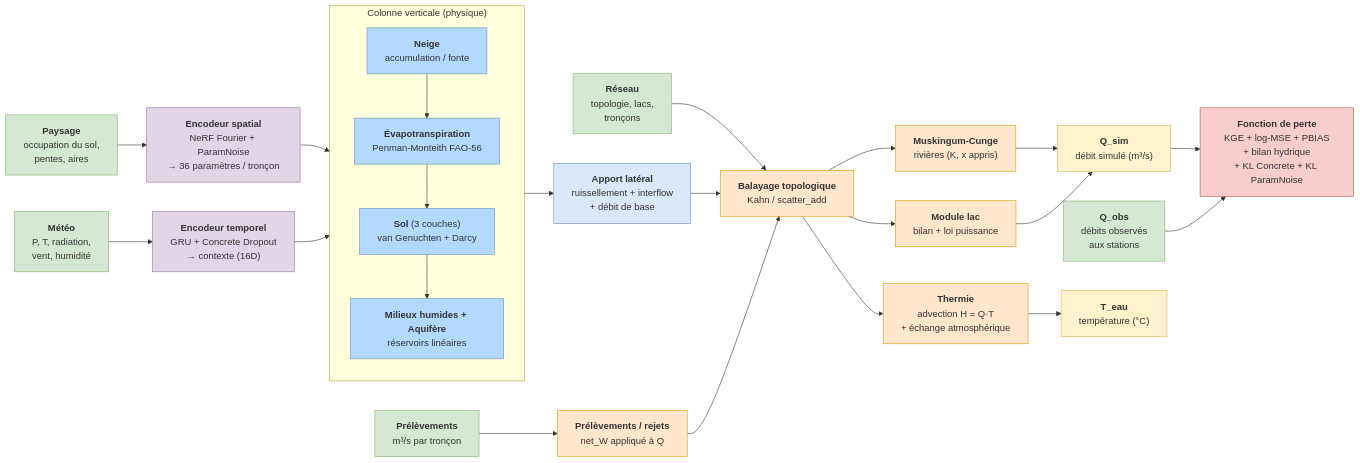
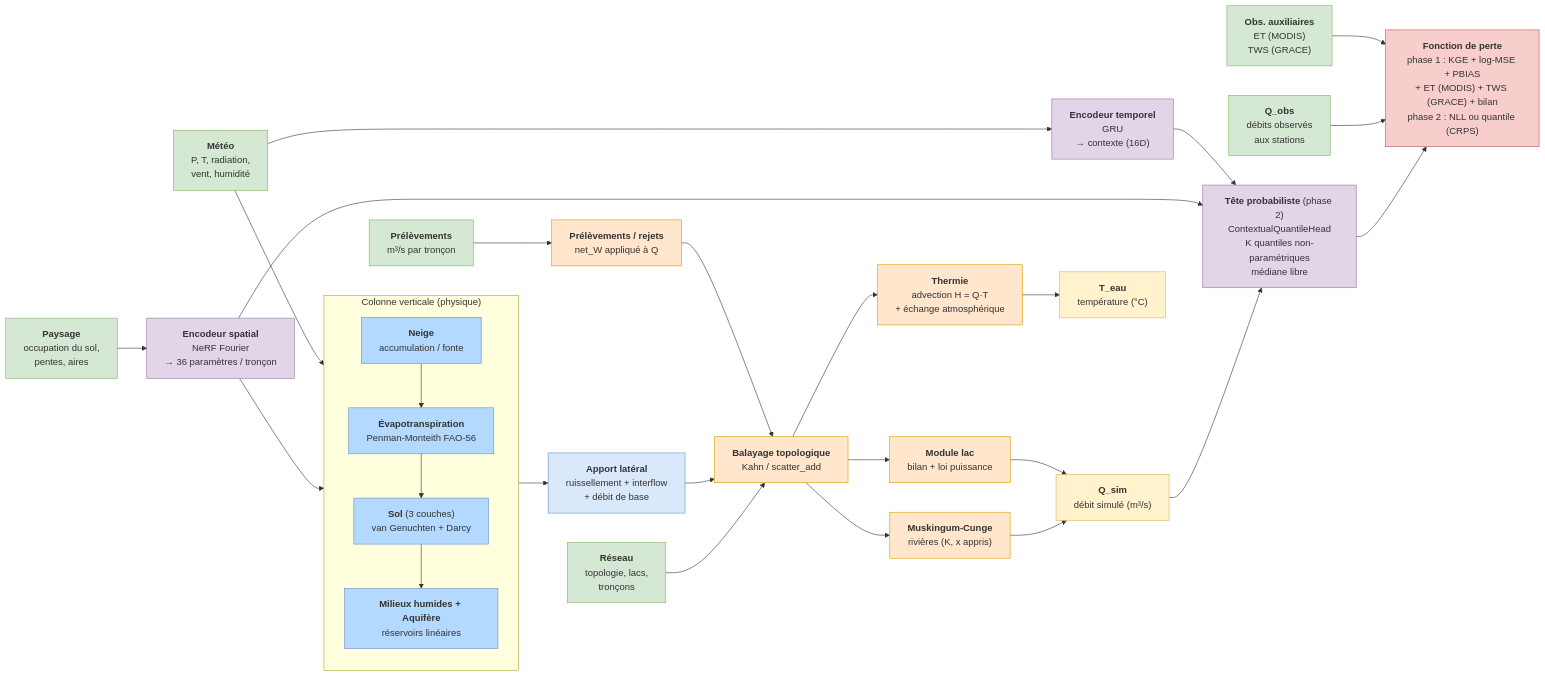
Before and after one commit to essicolo/meandre: the first of 2 diagrams in docs/architecture.md, drawn with Mermaid. The commit also changed other lines of this file and 146 other files, not shown here.

````diff
--- a/docs/architecture.md
+++ b/docs/architecture.md
@@ -13,48 +13,54 @@
 ```mermaid
 flowchart LR
     Met["<b>Météo</b><br/>P, T, radiation,<br/>vent, humidité"]:::input
     Pay["<b>Paysage</b><br/>occupation du sol,<br/>pentes, aires"]:::input
     Net["<b>Réseau</b><br/>topologie, lacs,<br/>tronçons"]:::input
     Pre["<b>Prélèvements</b><br/>m³/s par tronçon"]:::input
     Qobs["<b>Q_obs</b><br/>débits observés<br/>aux stations"]:::input
+    Aux["<b>Obs. auxiliaires</b><br/>ET (MODIS)<br/>TWS (GRACE)"]:::input
 
-    Pay --> SE["<b>Encodeur spatial</b><br/>NeRF Fourier + ParamNoise<br/>→ 36 paramètres / tronçon"]:::neural
-    Met --> TE["<b>Encodeur temporel</b><br/>GRU + Concrete Dropout<br/>→ contexte (16D)"]:::neural
+    Pay --> SE["<b>Encodeur spatial</b><br/>NeRF Fourier<br/>→ 36 paramètres / tronçon"]:::neural
+    Met --> TE["<b>Encodeur temporel</b><br/>GRU<br/>→ contexte (16D)"]:::neural
 
     subgraph VC["Colonne verticale (physique)"]
         direction TB
         Snow["<b>Neige</b><br/>accumulation / fonte"]:::physics
         ETm["<b>Évapotranspiration</b><br/>Penman-Monteith FAO-56"]:::physics
         Sol["<b>Sol</b> (3 couches)<br/>van Genuchten + Darcy"]:::physics
         Aqu["<b>Milieux humides + Aquifère</b><br/>réservoirs linéaires"]:::physics
         Snow --> ETm --> Sol --> Aqu
     end
 
     SE --> VC
-    TE --> VC
+    Met --> VC
     VC --> Lat["<b>Apport latéral</b><br/>ruissellement + interflow<br/>+ débit de base"]:::flow
 
     Net --> Topo["<b>Balayage topologique</b><br/>Kahn / scatter_add"]:::routing
     Pre --> Wd["<b>Prélèvements / rejets</b><br/>net_W appliqué à Q"]:::routing
     Lat --> Topo
     Wd --> Topo
 
     Topo --> Musk["<b>Muskingum-Cunge</b><br/>rivières (K, x appris)"]:::routing
     Topo --> Lake["<b>Module lac</b><br/>bilan + loi puissance"]:::routing
     Topo --> Therm["<b>Thermie</b><br/>advection H = Q·T<br/>+ échange atmosphérique"]:::routing
 
     Musk --> Qsim["<b>Q_sim</b><br/>débit simulé (m³/s)"]:::output
     Lake --> Qsim
     Therm --> Teau["<b>T_eau</b><br/>température (°C)"]:::output
 
-    Qsim --> Loss["<b>Fonction de perte</b><br/>KGE + log-MSE + PBIAS<br/>+ bilan hydrique<br/>+ KL Concrete + KL ParamNoise"]:::loss
+    Qsim --> PH["<b>Tête probabiliste</b> (phase 2)<br/>ContextualQuantileHead<br/>K quantiles non-paramétriques<br/>médiane libre"]:::neural
+    SE --> PH
+    TE --> PH
+
+    PH --> Loss["<b>Fonction de perte</b><br/>phase 1 : KGE + log-MSE + PBIAS<br/>+ ET (MODIS) + TWS (GRACE) + bilan<br/>phase 2 : NLL ou quantile (CRPS)"]:::loss
     Qobs --> Loss
+    Aux --> Loss
 
     classDef input fill:#d5e8d4,stroke:#82b366
     classDef neural fill:#e1d5e7,stroke:#9673a6
     classDef physics fill:#b3d9ff,stroke:#6c8ebf
     classDef flow fill:#dae8fc,stroke:#6c8ebf
     classDef routing fill:#ffe6cc,stroke:#d79b00
     classDef output fill:#fff2cc,stroke:#d6b656
     classDef loss fill:#f8cecc,stroke:#b85450
 ```
````
